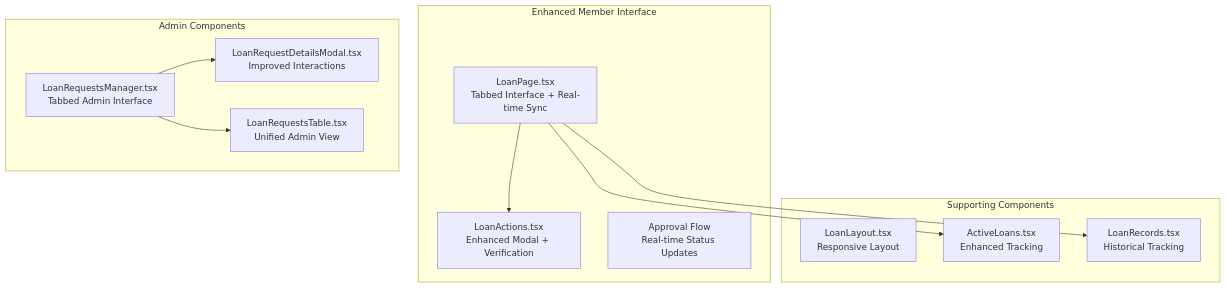
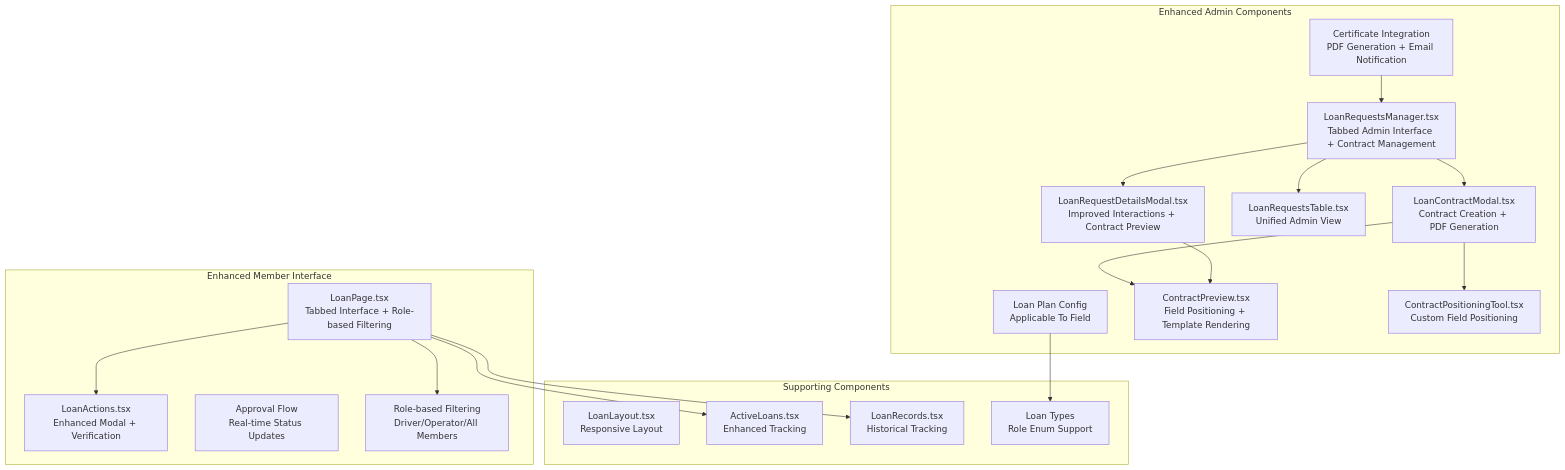
One commit to Unsure-bry/sampacoop_system changed the first of 3 diagrams in .qoder/repowiki/en/content/Project Overview/Core Features & Functionality/Loan Management System.md. Above: the diagram before and after it, drawn with Mermaid. The commit also changed other lines of this file and 24 other files, not shown here.

````diff
--- a/.qoder/repowiki/en/content/Project Overview/Core Features & Functionality/Loan Management System.md
+++ b/.qoder/repowiki/en/content/Project Overview/Core Features & Functionality/Loan Management System.md
@@ -67,23 +81,37 @@
 ```mermaid
 graph TB
 subgraph "Enhanced Member Interface"
-LOANPAGE["LoanPage.tsx<br/>Tabbed Interface + Real-time Sync"]
+LOANPAGE["LoanPage.tsx<br/>Tabbed Interface + Role-based Filtering"]
 LOANACTION["LoanActions.tsx<br/>Enhanced Modal + Verification"]
 APPROVAL["Approval Flow<br/>Real-time Status Updates"]
+ROLEFILTER["Role-based Filtering<br/>Driver/Operator/All Members"]
 end
-subgraph "Admin Components"
-REQUESTMAN["LoanRequestsManager.tsx<br/>Tabbed Admin Interface"]
-DETAILSMODAL["LoanRequestDetailsModal.tsx<br/>Improved Interactions"]
+subgraph "Enhanced Admin Components"
+REQUESTMAN["LoanRequestsManager.tsx<br/>Tabbed Admin Interface + Contract Management"]
+DETAILSMODAL["LoanRequestDetailsModal.tsx<br/>Improved Interactions + Contract Preview"]
 TABLECOMP["LoanRequestsTable.tsx<br/>Unified Admin View"]
+PLANCONFIG["Loan Plan Config<br/>Applicable To Field"]
+CONTRACTMODAL["LoanContractModal.tsx<br/>Contract Creation + PDF Generation"]
+CONTRACTPREVIEW["ContractPreview.tsx<br/>Field Positioning + Template Rendering"]
+POSITIONTOOL["ContractPositioningTool.tsx<br/>Custom Field Positioning"]
+CERTIFICATE["Certificate Integration<br/>PDF Generation + Email Notification"]
 end
 subgraph "Supporting Components"
 LAYOUT["LoanLayout.tsx<br/>Responsive Layout"]
 ACTIVE["ActiveLoans.tsx<br/>Enhanced Tracking"]
 RECORDS["LoanRecords.tsx<br/>Historical Tracking"]
+TYPES["Loan Types<br/>Role Enum Support"]
 end
 LOANPAGE --> LOANACTION
 LOANPAGE --> ACTIVE
 LOANPAGE --> RECORDS
+LOANPAGE --> ROLEFILTER
 REQUESTMAN --> DETAILSMODAL
 REQUESTMAN --> TABLECOMP
+REQUESTMAN --> CONTRACTMODAL
+CONTRACTMODAL --> CONTRACTPREVIEW
+CONTRACTMODAL --> POSITIONTOOL
+DETAILSMODAL --> CONTRACTPREVIEW
+PLANCONFIG --> TYPES
+CERTIFICATE --> REQUESTMAN
 ```
````
